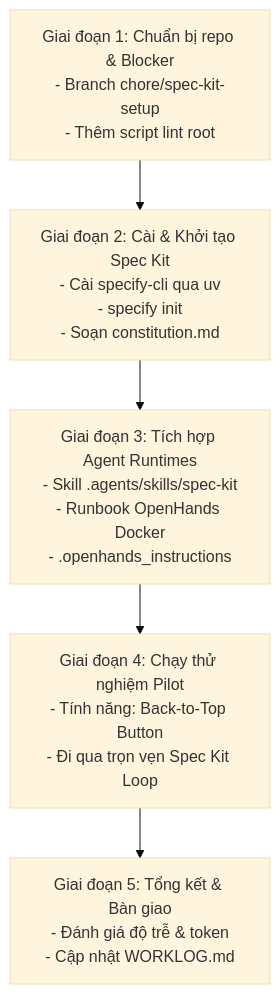
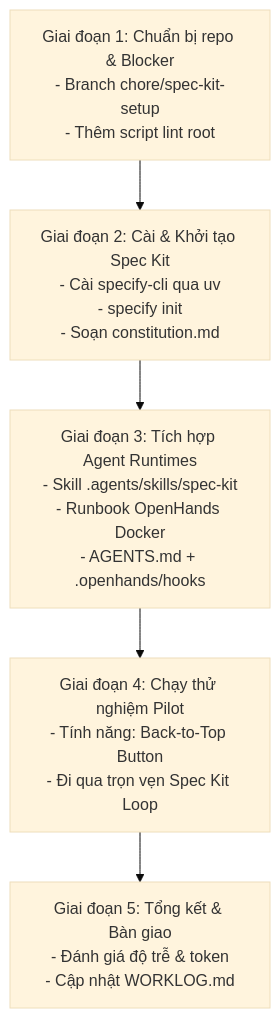
The diagram in plans/KE_HOACH_TRIEN_KHAI_OPENHANDS_SPEC_KIT.md (baosang1988bg/Hac-Dao-Truyen), drawn with Mermaid (base theme) before and after one commit. The commit also changed other lines of this file and 3 other files, not shown here.

Commit message:
docs: cap nhat bao cao/ke hoach Spec Kit sau review (model hien hanh, link tuong doi, muc 5 sua sau review), WORKLOG

````diff
--- a/plans/KE_HOACH_TRIEN_KHAI_OPENHANDS_SPEC_KIT.md
+++ b/plans/KE_HOACH_TRIEN_KHAI_OPENHANDS_SPEC_KIT.md
@@ -25,7 +25,7 @@
 ```mermaid
 flowchart TD
     G1["Giai đoạn 1: Chuẩn bị repo & Blocker<br/>- Branch chore/spec-kit-setup<br/>- Thêm script lint root"] --> G2["Giai đoạn 2: Cài & Khởi tạo Spec Kit<br/>- Cài specify-cli qua uv<br/>- specify init<br/>- Soạn constitution.md"]
-    G2 --> G3["Giai đoạn 3: Tích hợp Agent Runtimes<br/>- Skill .agents/skills/spec-kit<br/>- Runbook OpenHands Docker<br/>- .openhands_instructions"]
+    G2 --> G3["Giai đoạn 3: Tích hợp Agent Runtimes<br/>- Skill .agents/skills/spec-kit<br/>- Runbook OpenHands Docker<br/>- AGENTS.md + .openhands/hooks"]
     G3 --> G4["Giai đoạn 4: Chạy thử nghiệm Pilot<br/>- Tính năng: Back-to-Top Button<br/>- Đi qua trọn vẹn Spec Kit Loop"]
     G4 --> G5["Giai đoạn 5: Tổng kết & Bàn giao<br/>- Đánh giá độ trễ & token<br/>- Cập nhật WORKLOG.md"]
 ```
````
